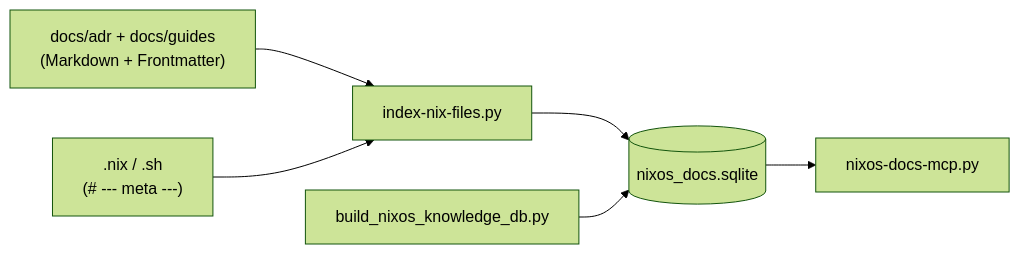
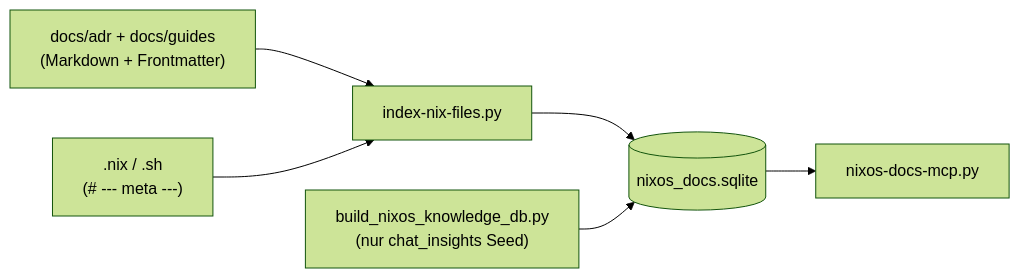
One commit to grapefruit89/Nix-Grok changed the diagram in docs/guides/GUIDE-knowledge-db.md. Above: the diagram before and after it, drawn with Mermaid (forest theme). The commit also changed other lines of this file and 6 other files, not shown here.

````diff
--- a/docs/guides/GUIDE-knowledge-db.md
+++ b/docs/guides/GUIDE-knowledge-db.md
@@ -23,15 +24,15 @@
 ```mermaid
 flowchart LR
   MD["docs/adr + docs/guides\n(Markdown + Frontmatter)"]
   NIX[".nix / .sh\n(# --- meta ---)"]
   IDX["index-nix-files.py"]
-  EMB["build_nixos_knowledge_db.py"]
+  SEED["build_nixos_knowledge_db.py\n(nur chat_insights Seed)"]
   DB[("nixos_docs.sqlite")]
   MCP["nixos-docs-mcp.py"]
 
   MD --> IDX
   NIX --> IDX
   IDX --> DB
-  EMB --> DB
+  SEED --> DB
   DB --> MCP
 ```
````
